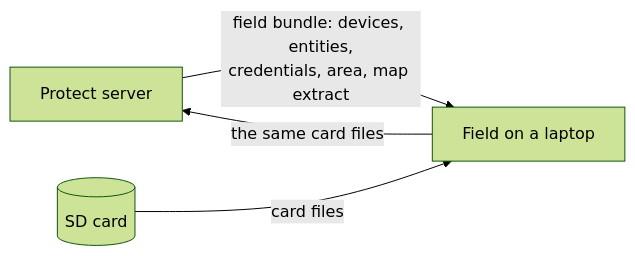
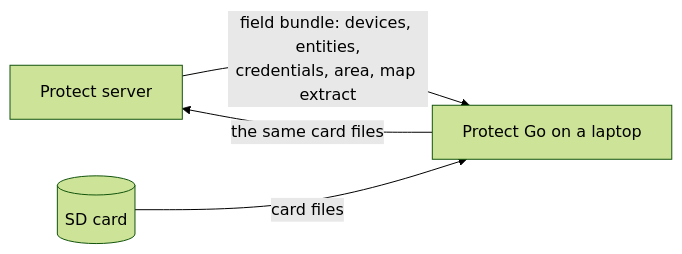
The diagram in docs/index.md (SmartParksOrg/smartparks-protect-field), drawn with Mermaid (forest theme) before and after one commit. The commit also changed other lines of this file and 67 other files, not shown here.

First line of the commit message:
Protect Go: the app's name, everywhere, and the texts say it once and then "the app"

````diff
--- a/docs/index.md
+++ b/docs/index.md
@@ -7,6 +7,6 @@
 ```mermaid
 flowchart LR
-  Protect[Protect server] -- "field bundle: devices, entities,\ncredentials, area, map extract" --> Field[Field on a laptop]
-  Card[(SD card)] -- "card files" --> Field
-  Field -- "the same card files" --> Protect
+  Protect[Protect server] -- "field bundle: devices, entities,\ncredentials, area, map extract" --> App[Protect Go on a laptop]
+  Card[(SD card)] -- "card files" --> App
+  App -- "the same card files" --> Protect
 ```
````
